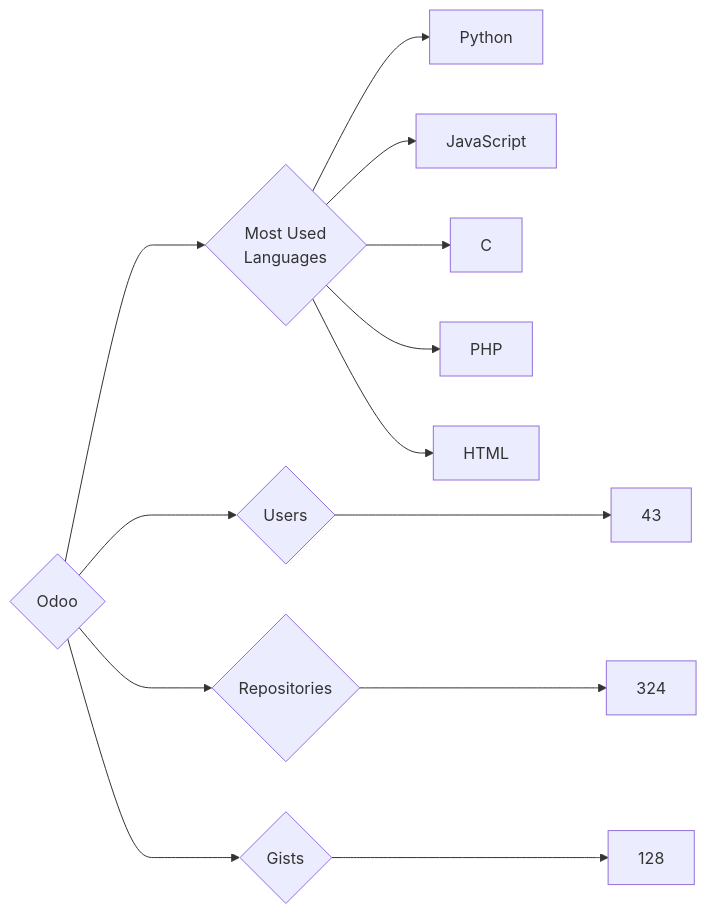
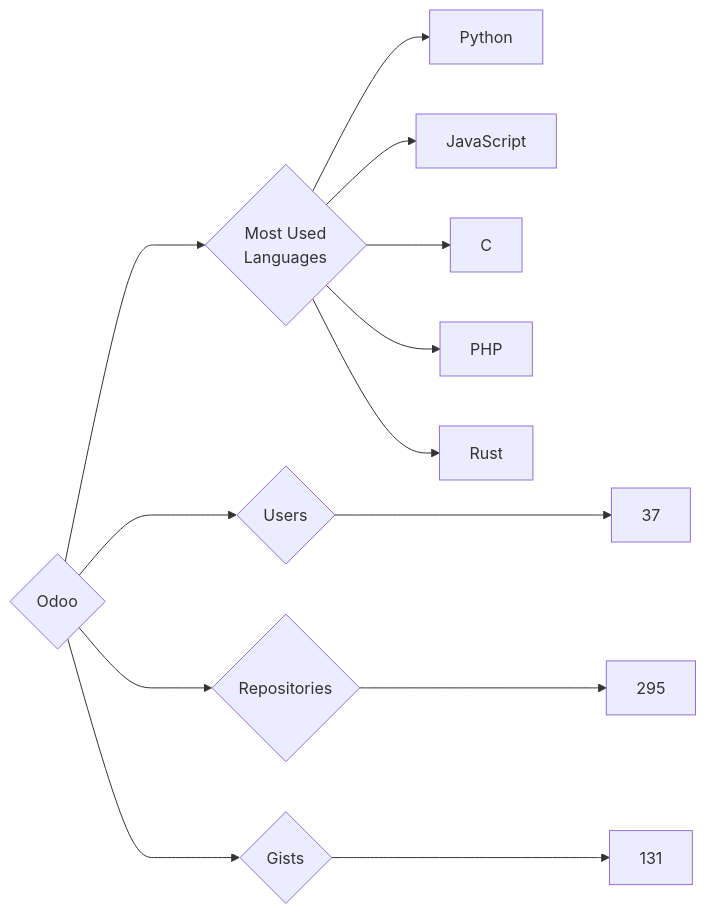
One commit to trickest/insiders changed the diagram in targets/Odoo/README.md. Above: the diagram before and after it, drawn with Mermaid. The commit also changed 970 other files, not shown here.

````diff
--- a/targets/Odoo/README.md
+++ b/targets/Odoo/README.md
@@ -3,13 +3,13 @@
 ```mermaid
 graph LR
 COMPANY_NAME{Odoo}
-COMPANY_NAME ---> U{Users} ---> UN[43]
-COMPANY_NAME ---> R{Repositories} ---> RN[324]
-COMPANY_NAME ---> G{Gists} ---> GN[128]
+COMPANY_NAME ---> U{Users} ---> UN[37]
+COMPANY_NAME ---> R{Repositories} ---> RN[295]
+COMPANY_NAME ---> G{Gists} ---> GN[131]
 COMPANY_NAME ---> ML{Most Used<br>Languages}
 ML --> Python[Python]
 ML --> JavaScript[JavaScript]
 ML --> C[C]
 ML --> PHP[PHP]
-ML --> HTML[HTML]
+ML --> Rust[Rust]
 ```
````
